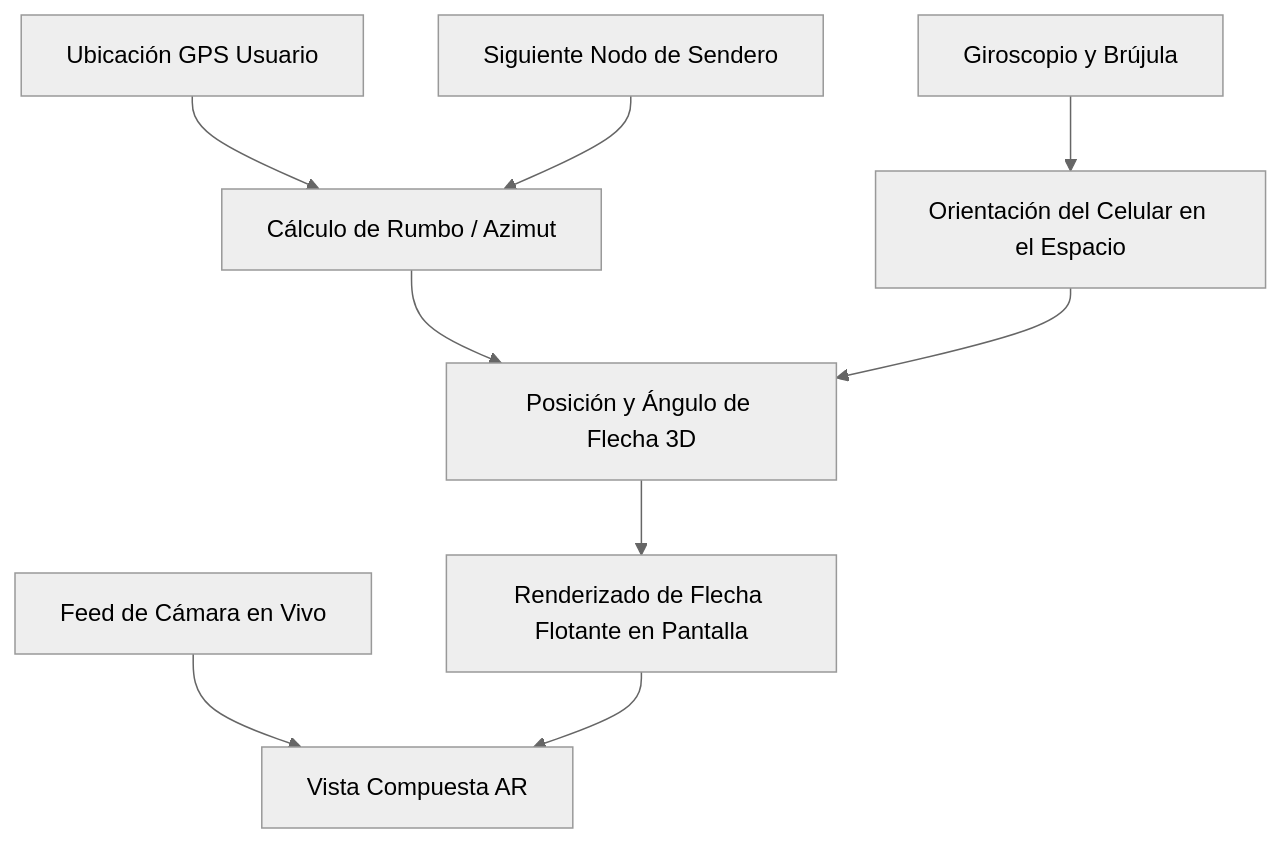
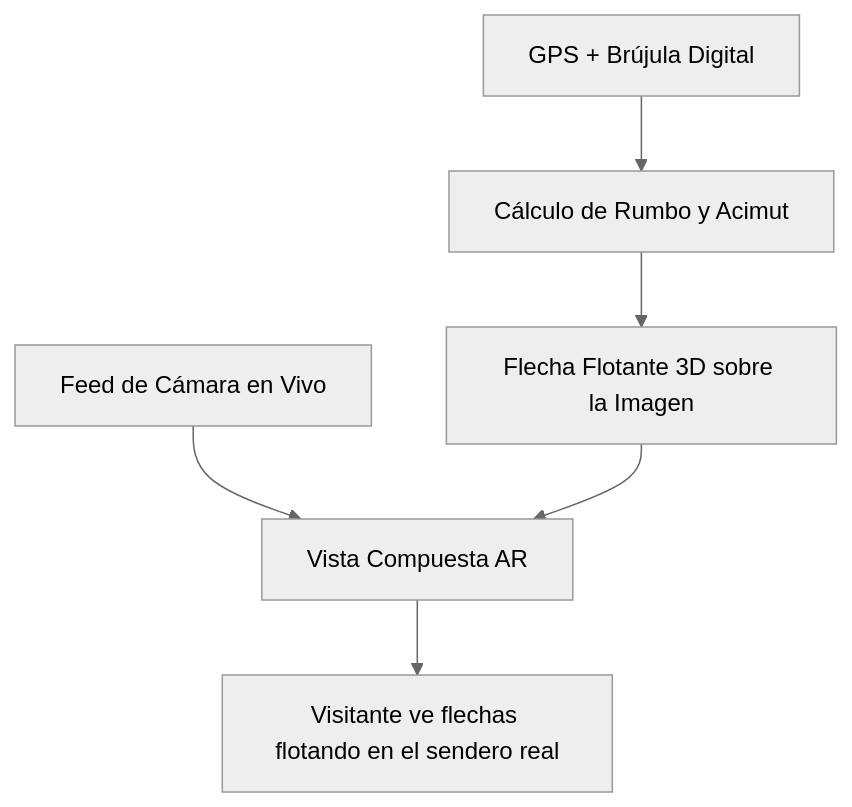
Before and after one commit to jonathan241210/integradora101: the diagram in apps/mobile/docs/007-roadmap-mapa-gps-ar.md, drawn with Mermaid (neutral theme). The commit also changed other lines of this file and 4 other files, not shown here.

Commit message:
docs(mobile): plan Phase V3 pathfinding and update 007 roadmap documentation

````diff
--- a/apps/mobile/docs/007-roadmap-mapa-gps-ar.md
+++ b/apps/mobile/docs/007-roadmap-mapa-gps-ar.md
@@ -58,11 +56,8 @@
 ```mermaid
 flowchart TD
     Cam[Feed de Cámara en Vivo] --> Composite[Vista Compuesta AR]
-    GPS[Ubicación GPS Usuario] --> Bearing[Cálculo de Rumbo / Azimut]
-    Target[Siguiente Nodo de Sendero] --> Bearing
-    Sensors[Giroscopio y Brújula] --> ScreenOrientation[Orientación del Celular en el Espacio]
-    Bearing --> ArrowCalc[Posición y Ángulo de Flecha 3D]
-    ScreenOrientation --> ArrowCalc
-    ArrowCalc --> Arrow[Renderizado de Flecha Flotante en Pantalla]
-    Arrow --> Composite
+    Sensors[GPS + Brújula Digital] --> Math[Cálculo de Rumbo y Acimut]
+    Math --> Overlay[Flecha Flotante 3D sobre la Imagen]
+    Overlay --> Composite
+    Composite --> Pantalla[Visitante ve flechas flotando en el sendero real]
 ```
````
